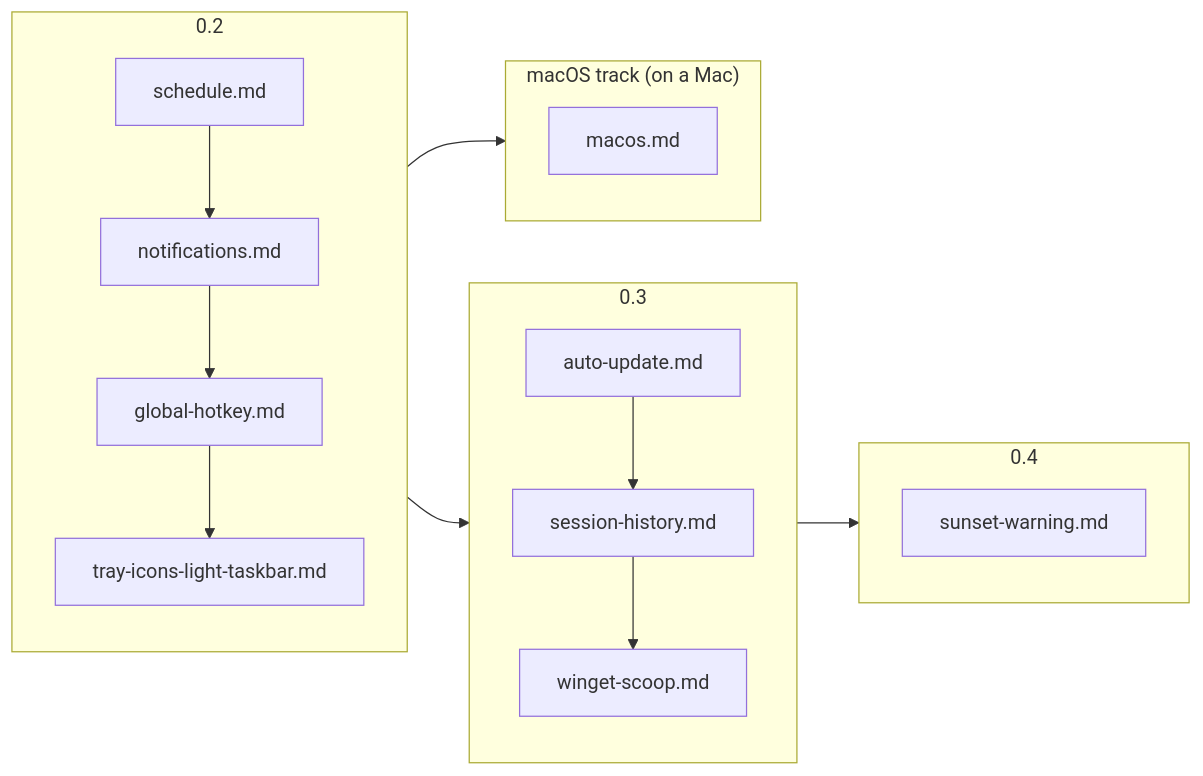
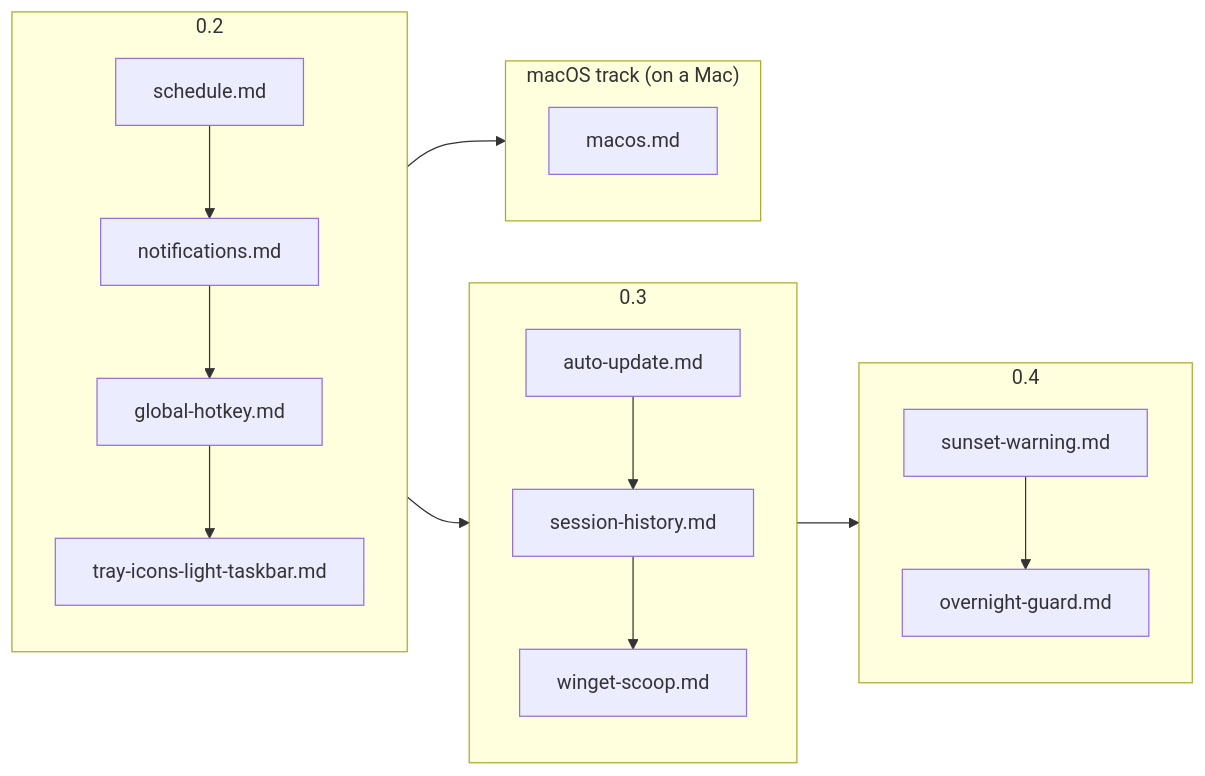
The diagram in docs/specs/README.md (ax5hay/KeepMeAwake), drawn with Mermaid before and after one commit. The commit also changed other lines of this file and 2 other files, not shown here.

Commit message:
docs(specs): overnight guard
An Always session left untouched for the guard's time (6 hours by
default; off, 4, 6 or 8) asks once, by toast, status line and tray,
and ten minutes later lets the machine sleep unless there was input or
Keep it up. It reads idle time only (CGEventSourceSecondsSinceLastEvent
Type on macOS, GetLastInputInfo on Windows), never sends input, and
adds no timer: the 30 s battery poll already runs while awake.

Built ahead of After the sun sets, which comes first on the roadmap:
macOS has no public API to lock the screen and putting it to sleep may
need privileges, so that one is better started on Windows.

````diff
--- a/docs/specs/README.md
+++ b/docs/specs/README.md
@@ -7,22 +7,22 @@
 ```mermaid
 flowchart LR
     subgraph v02["0.2"]
         direction TB
         s["schedule.md"] --> n["notifications.md"] --> h["global-hotkey.md"] --> t["tray-icons-light-taskbar.md"]
     end
     subgraph v03["0.3"]
         direction TB
         u["auto-update.md"] --> hi["session-history.md"] --> w["winget-scoop.md"]
     end
     subgraph v04["0.4"]
         direction TB
-        sw["sunset-warning.md"]
+        sw["sunset-warning.md"] --> og["overnight-guard.md"]
     end
     subgraph mac["macOS track (on a Mac)"]
         direction TB
         m["macos.md"]
     end
     v02 --> v03
     v03 --> v04
     v02 --> mac
 ```
````
